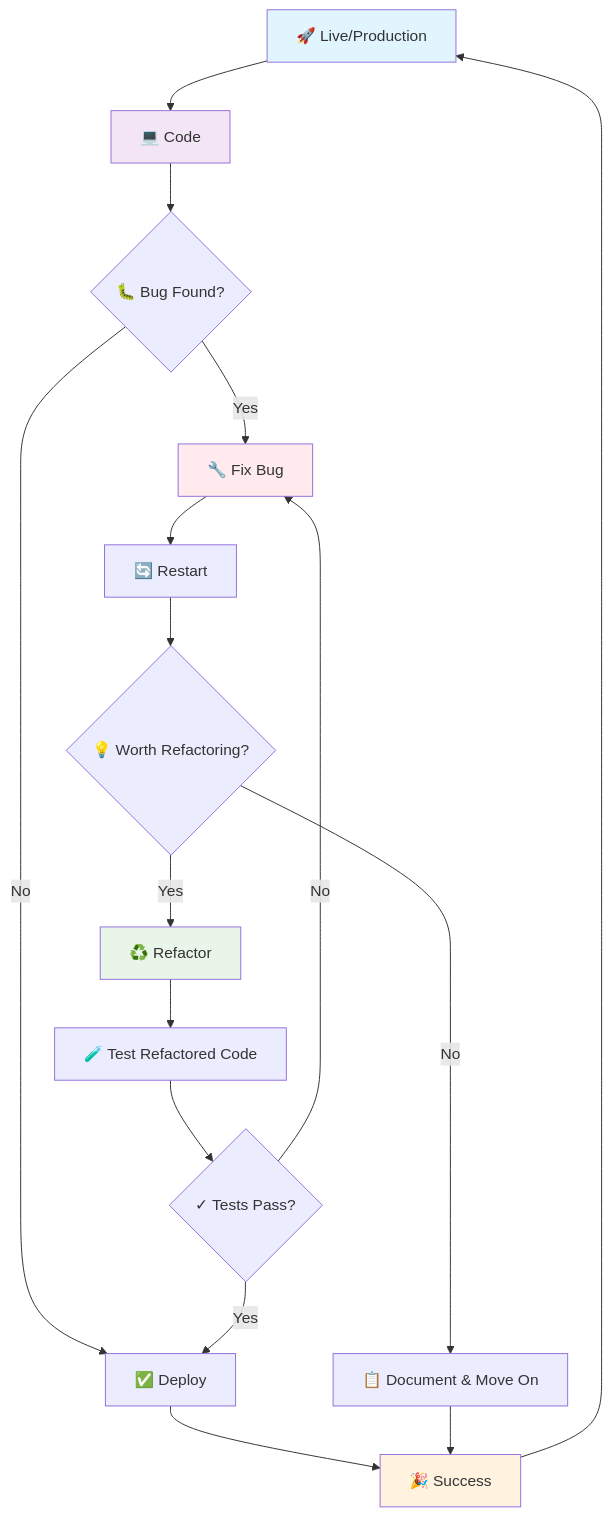
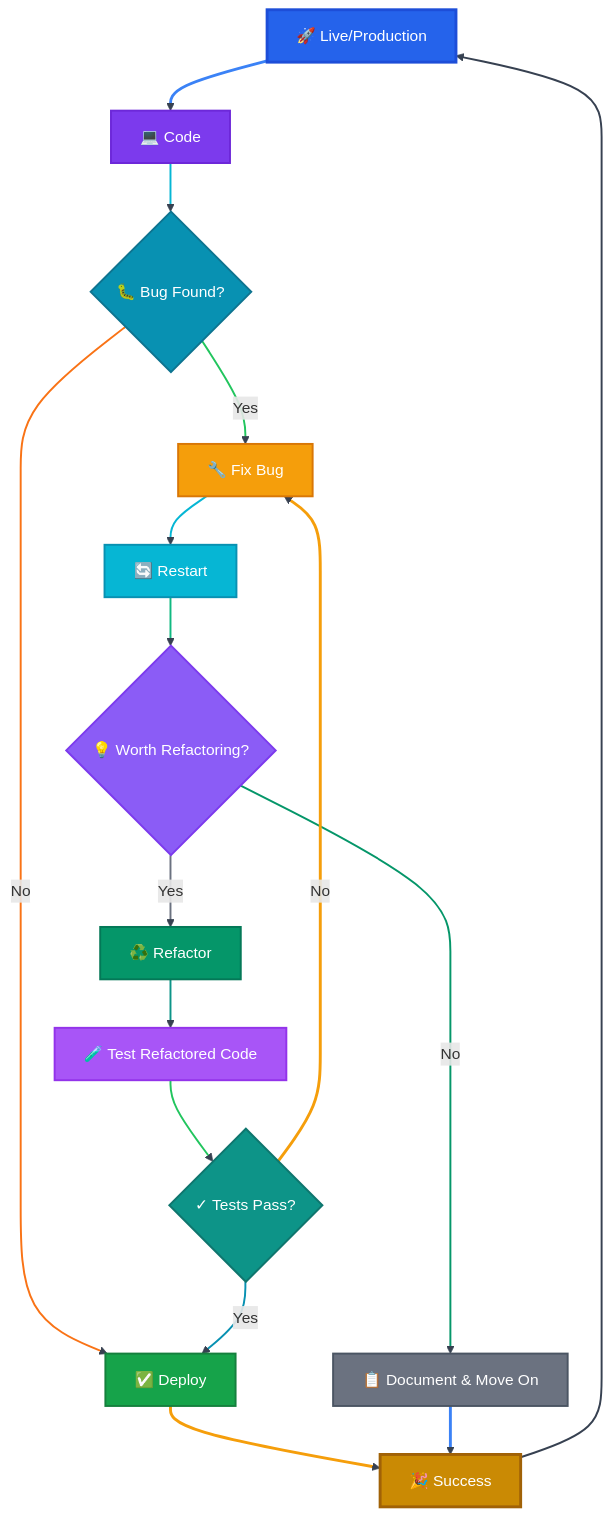
One commit to billowdev/billowdev changed the first of 2 diagrams in README.md. Above: the diagram before and after it, drawn with Mermaid. The commit also changed other lines of this file, not shown here.

````diff
--- a/README.md
+++ b/README.md
@@ -16,24 +16,49 @@
 ```mermaid
 flowchart TD
     A[🚀 Live/Production] --> B[💻 Code]
     B --> C{🐛 Bug Found?}
     C -->|Yes| D[🔧 Fix Bug]
     C -->|No| E[✅ Deploy]
     D --> F[🔄 Restart]
     F --> G{💡 Worth Refactoring?}
     G -->|Yes| H[♻️ Refactor]
     G -->|No| I[📋 Document & Move On]
     H --> J[🧪 Test Refactored Code]
     J --> K{✓ Tests Pass?}
     K -->|Yes| E
     K -->|No| D
     E --> L[🎉 Success]
     I --> L
     L --> A
     
-    style A fill:#e1f5fe
-    style B fill:#f3e5f5
-    style D fill:#ffebee
-    style H fill:#e8f5e8
-    style L fill:#fff3e0
+    %% Enhanced styling with eye-friendly colors
+    style A fill:#2563eb,stroke:#1d4ed8,stroke-width:3px,color:#ffffff
+    style B fill:#7c3aed,stroke:#6d28d9,stroke-width:2px,color:#ffffff
+    style C fill:#0891b2,stroke:#0e7490,stroke-width:2px,color:#ffffff
+    style D fill:#f59e0b,stroke:#d97706,stroke-width:2px,color:#ffffff
+    style E fill:#16a34a,stroke:#15803d,stroke-width:2px,color:#ffffff
+    style F fill:#06b6d4,stroke:#0891b2,stroke-width:2px,color:#ffffff
+    style G fill:#8b5cf6,stroke:#7c3aed,stroke-width:2px,color:#ffffff
+    style H fill:#059669,stroke:#047857,stroke-width:2px,color:#ffffff
+    style I fill:#6b7280,stroke:#4b5563,stroke-width:2px,color:#ffffff
+    style J fill:#a855f7,stroke:#9333ea,stroke-width:2px,color:#ffffff
+    style K fill:#0d9488,stroke:#0f766e,stroke-width:2px,color:#ffffff
+    style L fill:#ca8a04,stroke:#a16207,stroke-width:3px,color:#ffffff
+    
+    %% Link styling with softer colors
+    linkStyle default stroke:#374151,stroke-width:2px
+    linkStyle 0 stroke:#3b82f6,stroke-width:3px
+    linkStyle 1 stroke:#06b6d4,stroke-width:2px
+    linkStyle 2 stroke:#22c55e,stroke-width:2px
+    linkStyle 3 stroke:#f97316,stroke-width:2px
+    linkStyle 4 stroke:#06b6d4,stroke-width:2px
+    linkStyle 5 stroke:#10b981,stroke-width:2px
+    linkStyle 6 stroke:#6b7280,stroke-width:2px
+    linkStyle 7 stroke:#059669,stroke-width:2px
+    linkStyle 8 stroke:#0d9488,stroke-width:2px
+    linkStyle 9 stroke:#22c55e,stroke-width:2px
+    linkStyle 10 stroke:#0891b2,stroke-width:2px
+    linkStyle 11 stroke:#f59e0b,stroke-width:3px
+    linkStyle 12 stroke:#f59e0b,stroke-width:3px
+    linkStyle 13 stroke:#3b82f6,stroke-width:3px
 ```
````
